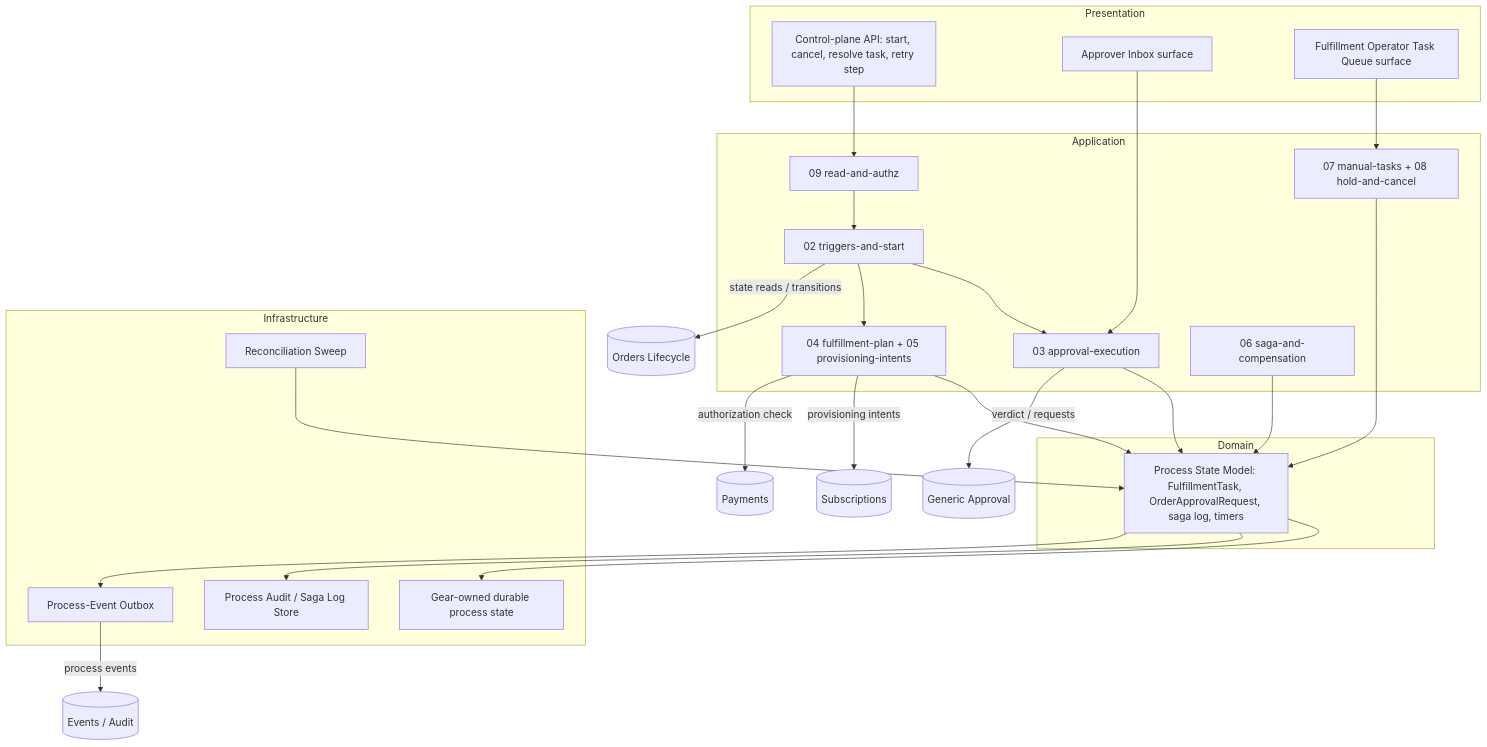
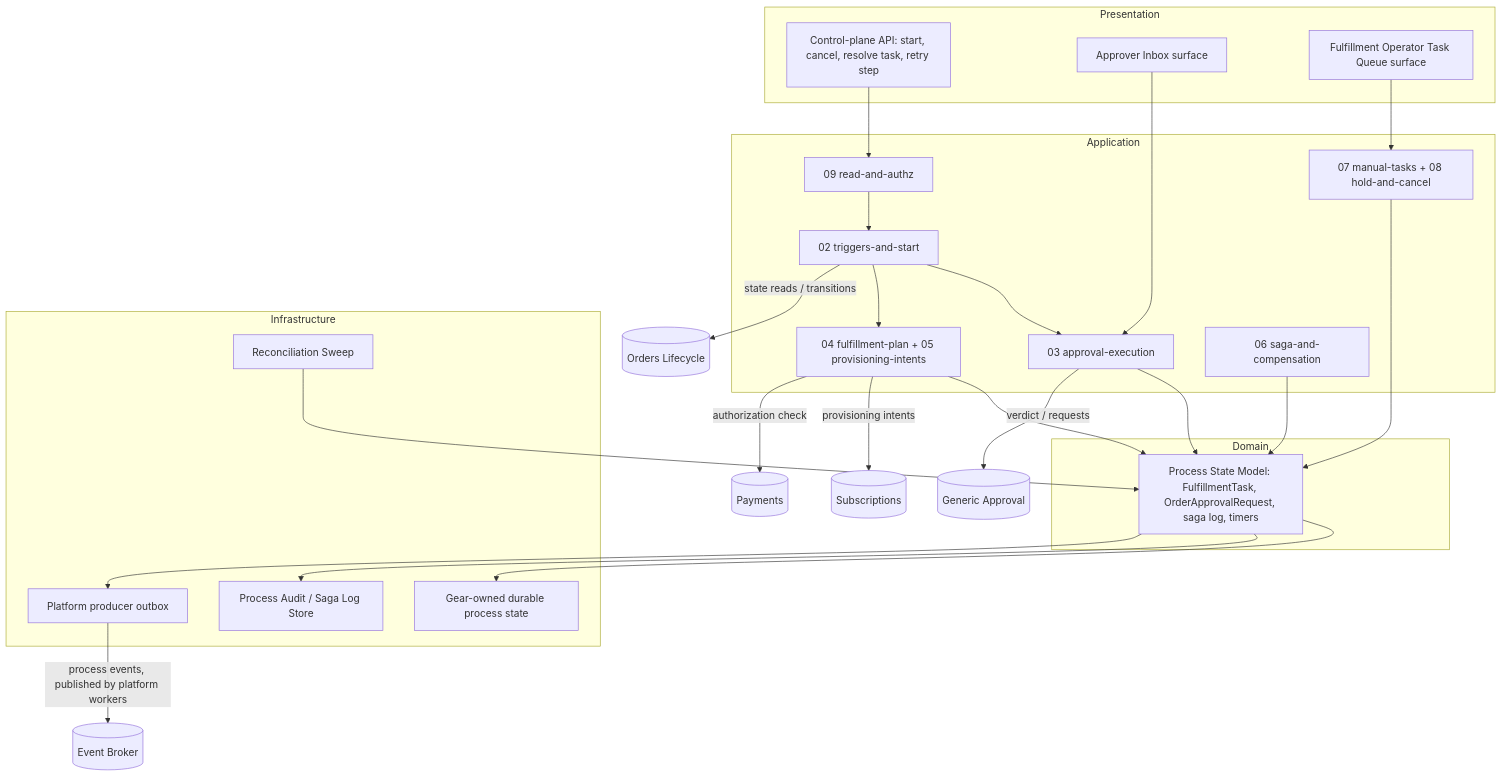
One commit to constructorfabric/gears-rust changed the first of 6 diagrams in gears/bss/orders-workflow/docs/DESIGN.md. Above: the diagram before and after it, drawn with Mermaid. The commit also changed other lines of this file and 10 other files, not shown here.

````diff
--- a/gears/bss/orders-workflow/docs/DESIGN.md
+++ b/gears/bss/orders-workflow/docs/DESIGN.md
@@ -117,46 +117,46 @@
 ```mermaid
 flowchart TB
     subgraph Presentation
         API[Control-plane API: start, cancel, resolve task, retry step]
         Inbox[Approver Inbox surface]
         Queue[Fulfillment Operator Task Queue surface]
     end
     subgraph Application
         Trigger[02 triggers-and-start]
         Approval[03 approval-execution]
         Fulfillment[04 fulfillment-plan + 05 provisioning-intents]
         Saga[06 saga-and-compensation]
         ManualTask[07 manual-tasks + 08 hold-and-cancel]
         ReadAuthz[09 read-and-authz]
     end
     subgraph Domain
         ProcessState[Process State Model: FulfillmentTask, OrderApprovalRequest, saga log, timers]
     end
     subgraph Infrastructure
         Durable[Gear-owned durable process state]
         AuditStore[Process Audit / Saga Log Store]
-        Outbox[Process-Event Outbox]
+        Outbox[Platform producer outbox]
         Sweep[Reconciliation Sweep]
     end
 
     API --> ReadAuthz
     ReadAuthz --> Trigger
     Inbox --> Approval
     Queue --> ManualTask
     Trigger --> Approval
     Trigger --> Fulfillment
     Approval --> ProcessState
     Fulfillment --> ProcessState
     Saga --> ProcessState
     ManualTask --> ProcessState
     ProcessState --> Durable
     ProcessState --> AuditStore
     ProcessState --> Outbox
     Sweep --> ProcessState
 
     Fulfillment -->|provisioning intents| Subscriptions[(Subscriptions)]
     Approval -->|verdict / requests| GenericApproval[(Generic Approval)]
     Trigger -->|state reads / transitions| Lifecycle[(Orders Lifecycle)]
     Fulfillment -->|authorization check| Payments[(Payments)]
-    Outbox -->|process events| EventsAudit[(Events / Audit)]
+    Outbox -->|process events, published by platform workers| EventsAudit[(Event Broker)]
 ```
````
